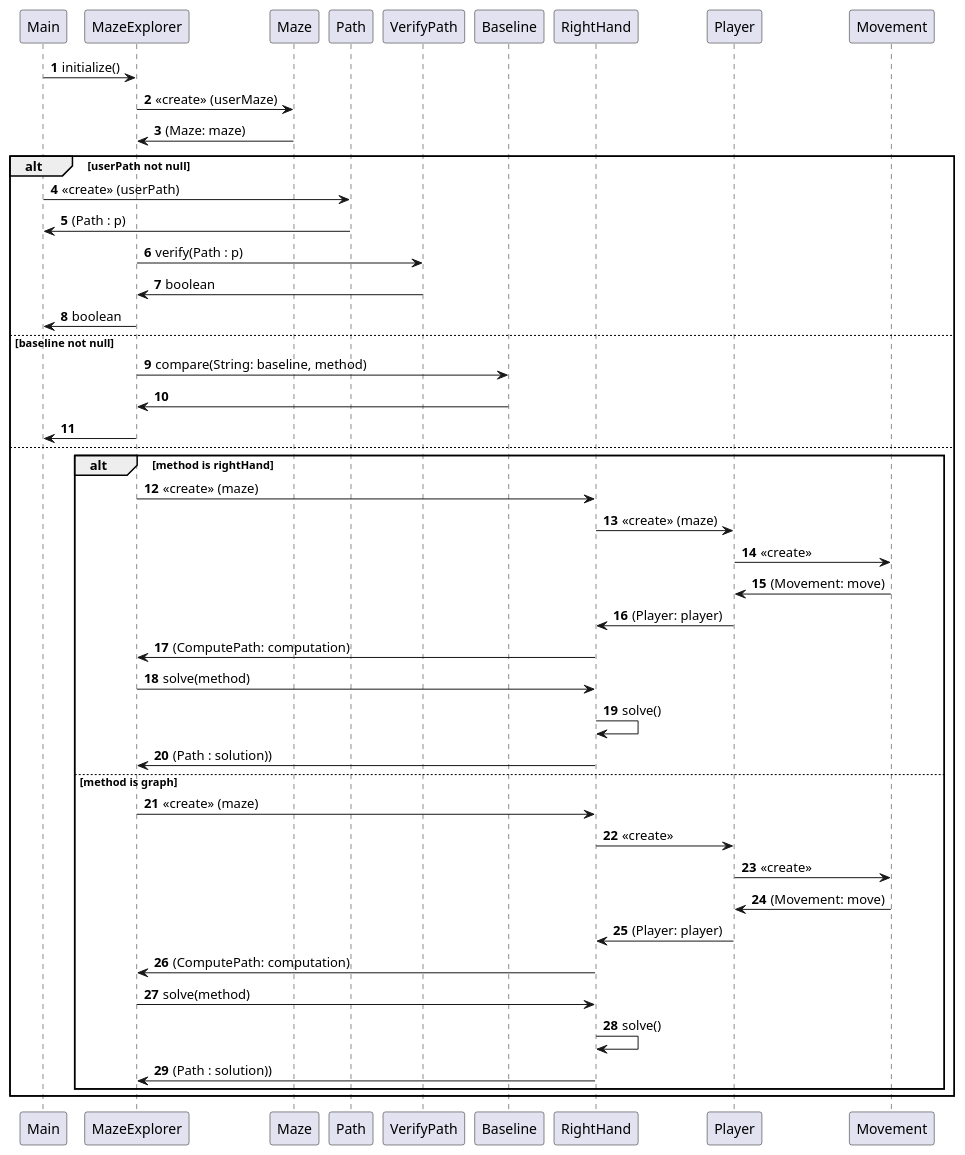
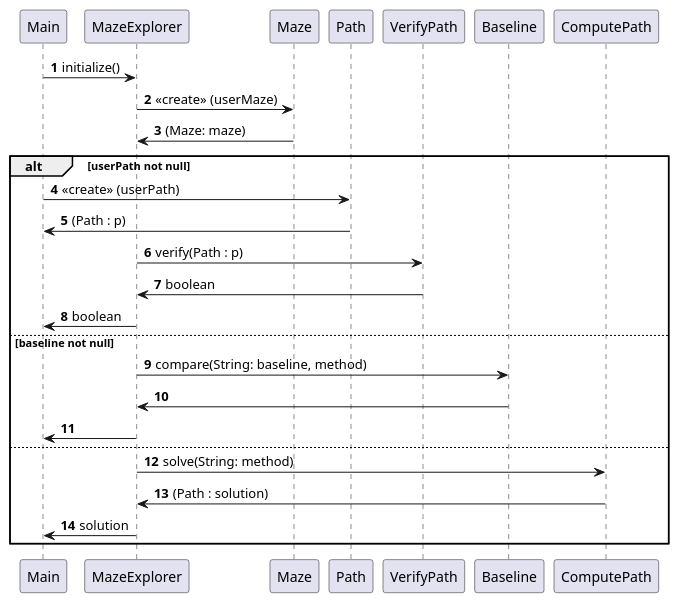
The diagram in uml/Flow.puml (2AA4-W24/a3-maze-runner-take-two-jjustin-k), drawn with PlantUML before and after one commit. The commit also changed 4 other files, not shown here.

Commit message:
more uml progress

```diff
--- a/uml/Flow.puml
+++ b/uml/Flow.puml
@@ -1,58 +1,38 @@
 @startuml
 'https://plantuml.com/sequence-diagram
 
 autonumber
-
-
 
 Main -> MazeExplorer: initialize()
 MazeExplorer -> Maze: <<create>> (userMaze)
 Maze -> MazeExplorer: (Maze: maze)
 
 
 alt userPath not null
 
 Main -> Path: <<create>> (userPath)
 
 Path -> Main: (Path : p)
 
 MazeExplorer -> VerifyPath: verify(Path : p)
 VerifyPath -> MazeExplorer: boolean
 MazeExplorer -> Main: boolean
 
 else baseline not null
 
 MazeExplorer -> Baseline: compare(String: baseline, method)
 
 Baseline -> MazeExplorer
 MazeExplorer -> Main
 
 else
 
-alt method is rightHand
-MazeExplorer -> RightHand: <<create>> (maze)
-RightHand -> Player: <<create>> (maze)
-Player -> Movement: <<create>>
-Movement -> Player: (Movement: move)
-Player -> RightHand: (Player: player)
-RightHand -> MazeExplorer: (ComputePath: computation)
-MazeExplorer -> RightHand: solve(method)
-RightHand -> RightHand: solve()
-RightHand -> MazeExplorer: (Path : solution))
+MazeExplorer -> ComputePath: solve(String: method)
+ComputePath -> MazeExplorer: (Path : solution)
+MazeExplorer -> Main: solution
 
-else method is graph
-MazeExplorer -> RightHand: <<create>> (maze)
-RightHand -> Player: <<create>>
-Player -> Movement: <<create>>
-Movement -> Player: (Movement: move)
-Player -> RightHand: (Player: player)
-RightHand -> MazeExplorer: (ComputePath: computation)
-MazeExplorer -> RightHand: solve(method)
-RightHand -> RightHand: solve()
-RightHand -> MazeExplorer: (Path : solution))
-end
 
 end
 
 
 @enduml
```
